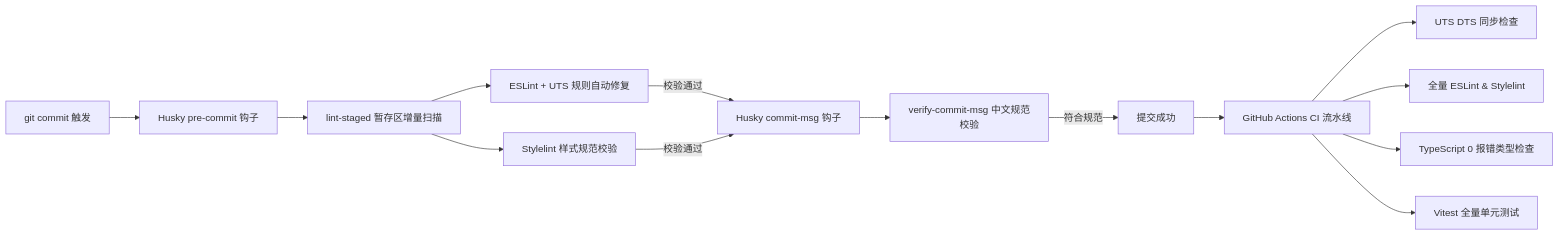
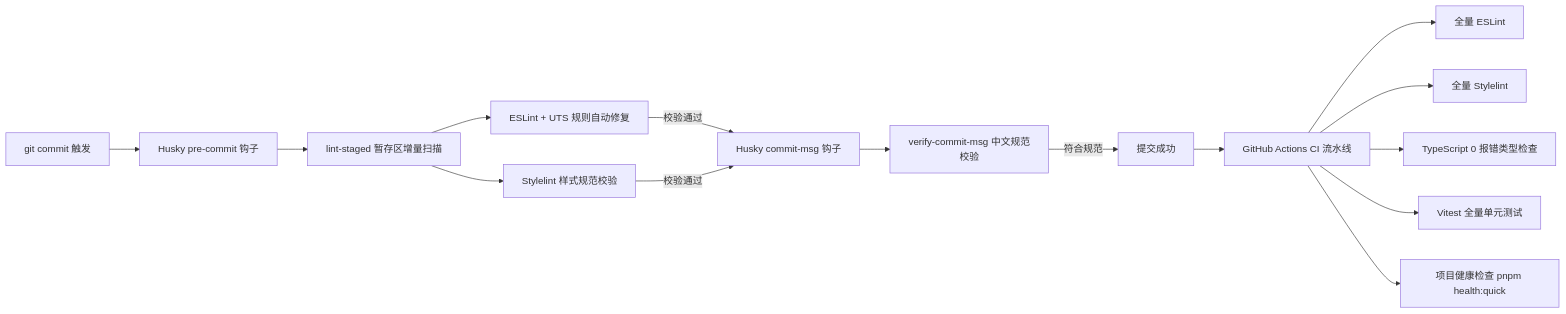
One commit to cq112233/unibestX changed the second of 2 diagrams in README.md. Above: the diagram before and after it, drawn with Mermaid. The commit also changed other lines of this file, not shown here.

````diff
--- a/README.md
+++ b/README.md
@@ -1185,15 +1219,16 @@
 ```mermaid
 graph LR
     A[git commit 触发] --> B[Husky pre-commit 钩子]
     B --> C[lint-staged 暂存区增量扫描]
     C --> D[ESLint + UTS 规则自动修复]
     C --> E[Stylelint 样式规范校验]
     D & E -->|校验通过| F[Husky commit-msg 钩子]
     F --> G[verify-commit-msg 中文规范校验]
     G -->|符合规范| H[提交成功]
     H --> I[GitHub Actions CI 流水线]
-    I --> J[UTS DTS 同步检查]
-    I --> K[全量 ESLint & Stylelint]
+    I --> J[全量 ESLint]
+    I --> K[全量 Stylelint]
     I --> L[TypeScript 0 报错类型检查]
     I --> M[Vitest 全量单元测试]
+    I --> N[项目健康检查 pnpm health:quick]
 ```
````
